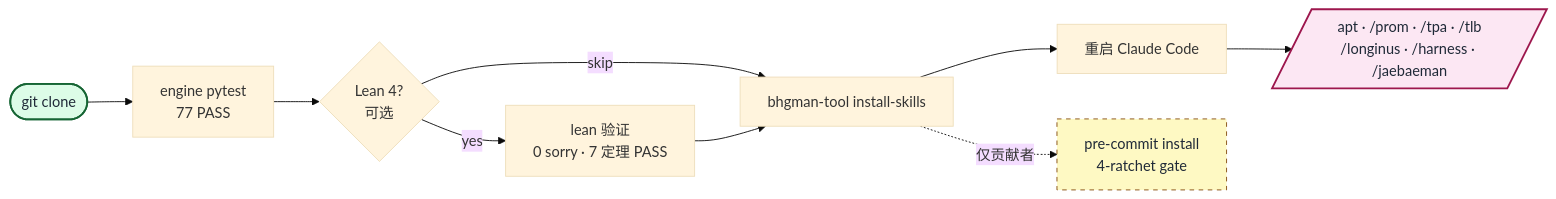
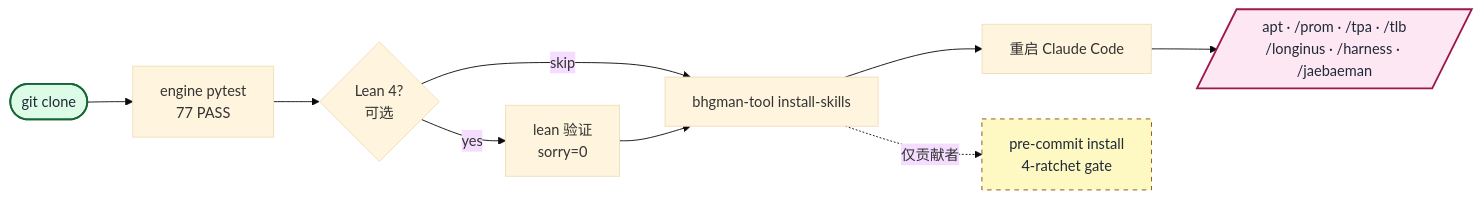
One commit to gj3447/bhgman_tool changed the diagram in README.zh-CN.md. Above: the diagram before and after it, drawn with Mermaid (base theme). The commit also changed other lines of this file and 5 other files, not shown here.

````diff
--- a/README.zh-CN.md
+++ b/README.zh-CN.md
@@ -110,18 +86,18 @@
 ```mermaid
 flowchart LR
     A([git clone]) --> B[engine pytest<br/>77 PASS]
     B --> C{Lean 4?<br/>可选}
-    C -- yes --> D[lean 验证<br/>0 sorry · 7 定理 PASS]
+    C -- yes --> D[lean 验证<br/>sorry=0]
     C -- skip --> E[bhgman-tool install-skills]
     D --> E
     E --> F[重启 Claude Code]
     F --> G[/apt · /prom · /tpa · /tlb<br/>/longinus · /harness · /jaebaeman/]
     E -. 仅贡献者 .-> H[pre-commit install<br/>4-ratchet gate]
 
     classDef startNode fill:#dcfce7,stroke:#166534,stroke-width:2px,color:#1f2937
     classDef endNode fill:#fce7f3,stroke:#9d174d,stroke-width:2px,color:#1f2937
     classDef optNode fill:#fef9c3,stroke:#854d0e,stroke-width:1px,stroke-dasharray:5 5,color:#1f2937
     class A startNode
     class G endNode
     class H optNode
 ```
````
